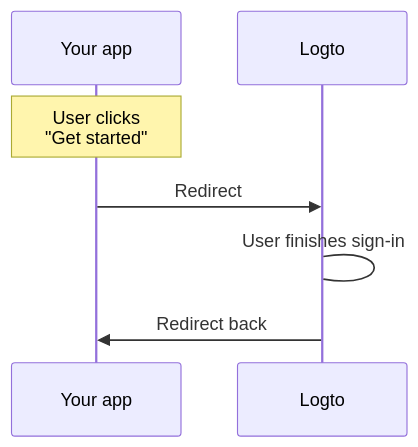
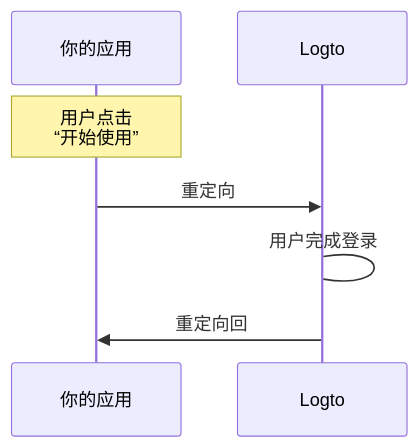
Before and after one commit to logto-io/docs: the fourth of 5 diagrams in i18n/zh-CN/docusaurus-plugin-content-docs/current/concepts/sign-in-experience.mdx, drawn with Mermaid. The commit also changed other lines of this file and 449 other files, not shown here.

````diff
--- a/i18n/zh-CN/docusaurus-plugin-content-docs/current/concepts/sign-in-experience.mdx
+++ b/i18n/zh-CN/docusaurus-plugin-content-docs/current/concepts/sign-in-experience.mdx
@@ -81,10 +81,10 @@
 ```mermaid
 sequenceDiagram
-  participant A as Your app
+  participant A as 你的应用
   participant B as Logto
 
-  Note over A: User clicks<br/>"Get started"
-  A->>B: Redirect
-  B->B: User finishes sign-in
-  B->>A: Redirect back
+  Note over A: 用户点击<br/>“开始使用”
+  A->>B: 重定向
+  B->B: 用户完成登录
+  B->>A: 重定向回
 ```
````
